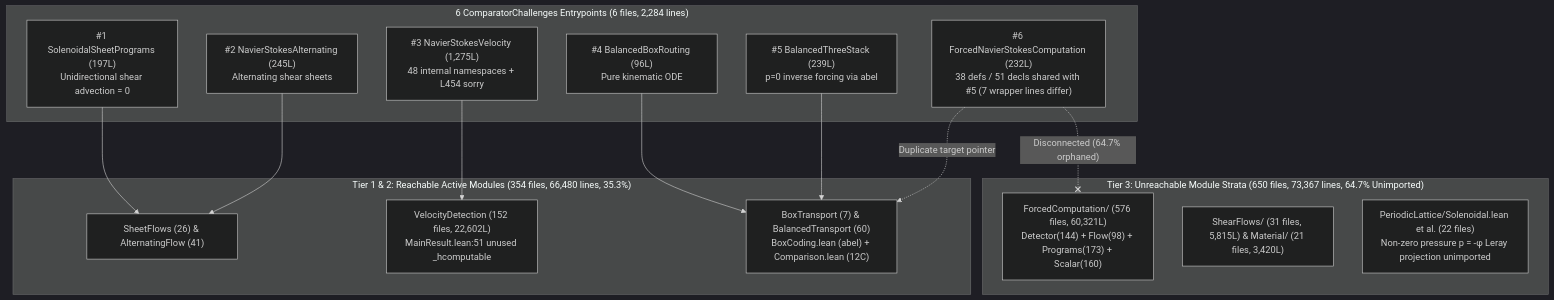
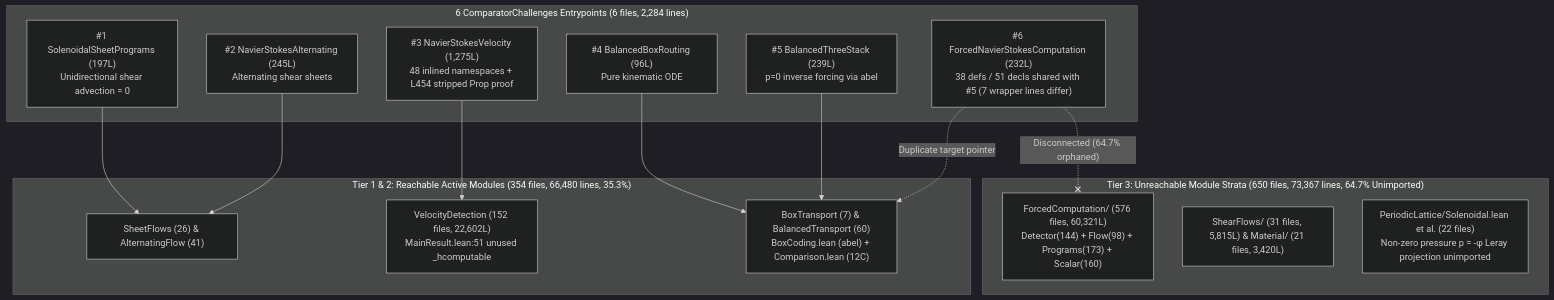
Before and after one commit to gilheumpark-bit/ultari-proof-anatomy: the diagram in anatomy/006-openai-376-navier-stokes/en/03_Expert_Forensic_and_Mathematical_Physics_Report.md, drawn with Mermaid (dark theme). The commit also changed other lines of this file and 244 other files, not shown here.

````diff
--- a/anatomy/006-openai-376-navier-stokes/en/03_Expert_Forensic_and_Mathematical_Physics_Report.md
+++ b/anatomy/006-openai-376-navier-stokes/en/03_Expert_Forensic_and_Mathematical_Physics_Report.md
@@ -20,31 +20,31 @@
 ```mermaid
 flowchart TD
     subgraph Challenges["6 ComparatorChallenges Entrypoints (6 files, 2,284 lines)"]
         C1["#1 SolenoidalSheetPrograms (197L)<br/>Unidirectional shear advection = 0"]
         C2["#2 NavierStokesAlternating (245L)<br/>Alternating shear sheets"]
-        C3["#3 NavierStokesVelocity (1,275L)<br/>48 internal namespaces + L454 sorry"]
+        C3["#3 NavierStokesVelocity (1,275L)<br/>48 inlined namespaces + L454 stripped Prop proof"]
         C4["#4 BalancedBoxRouting (96L)<br/>Pure kinematic ODE"]
         C5["#5 BalancedThreeStack (239L)<br/>p=0 inverse forcing via abel"]
         C6["#6 ForcedNavierStokesComputation (232L)<br/>38 defs / 51 decls shared with #5 (7 wrapper lines differ)"]
     end
 
     subgraph Reachable["Tier 1 & 2: Reachable Active Modules (354 files, 66,480 lines, 35.3%)"]
         R1["SheetFlows (26) & AlternatingFlow (41)"]
         R2["VelocityDetection (152 files, 22,602L)<br/>MainResult.lean:51 unused _hcomputable"]
         R3["BoxTransport (7) & BalancedTransport (60)<br/>BoxCoding.lean (abel) + Comparison.lean (12C)"]
     end
 
     subgraph Orphaned["Tier 3: Unreachable Module Strata (650 files, 73,367 lines, 64.7% Unimported)"]
         O1["ForcedComputation/ (576 files, 60,321L)<br/>Detector(144) + Flow(98) + Programs(173) + Scalar(160)"]
         O2["ShearFlows/ (31 files, 5,815L) & Material/ (21 files, 3,420L)"]
         O3["PeriodicLattice/Solenoidal.lean et al. (22 files)<br/>Non-zero pressure p = -φ Leray projection unimported"]
     end
 
     C1 --> R1
     C2 --> R1
     C3 --> R2
     C4 --> R3
     C5 --> R3
     C6 -. "Duplicate target pointer" .-> R3
     C6 -.-x|"Disconnected (64.7% orphaned)"| O1
 ```
````
